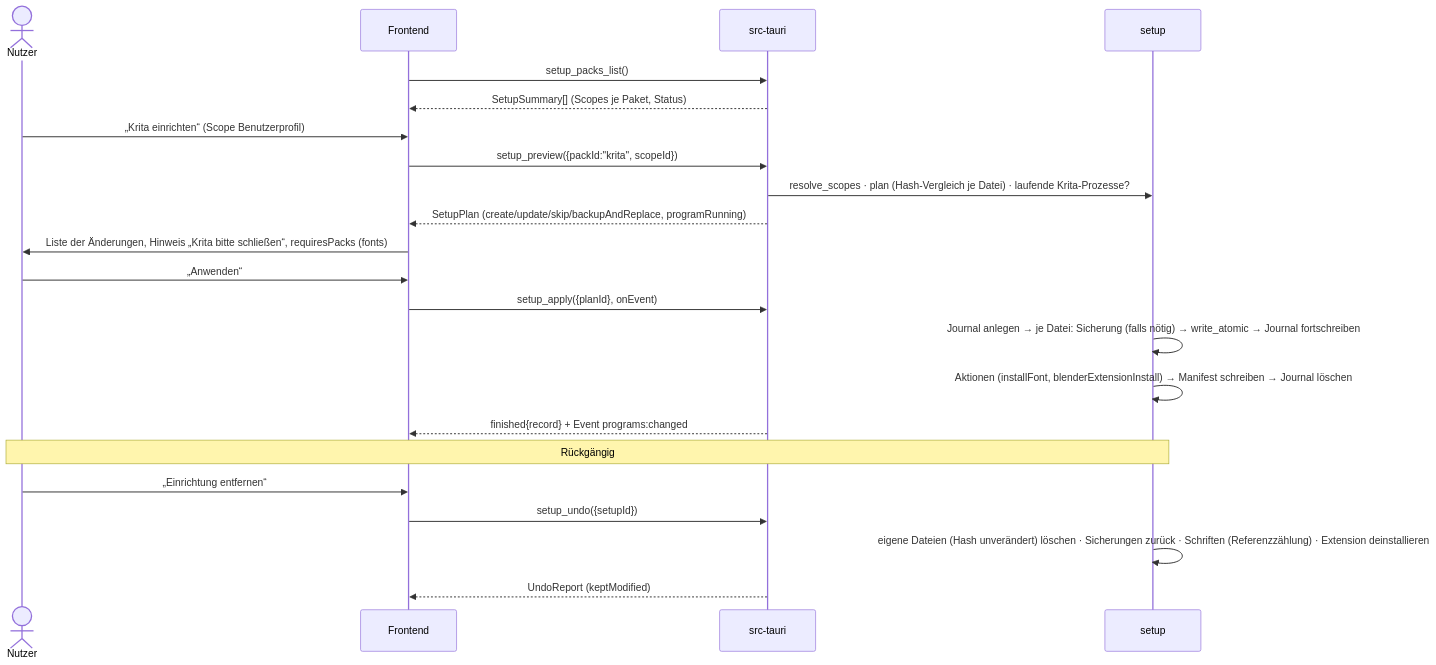
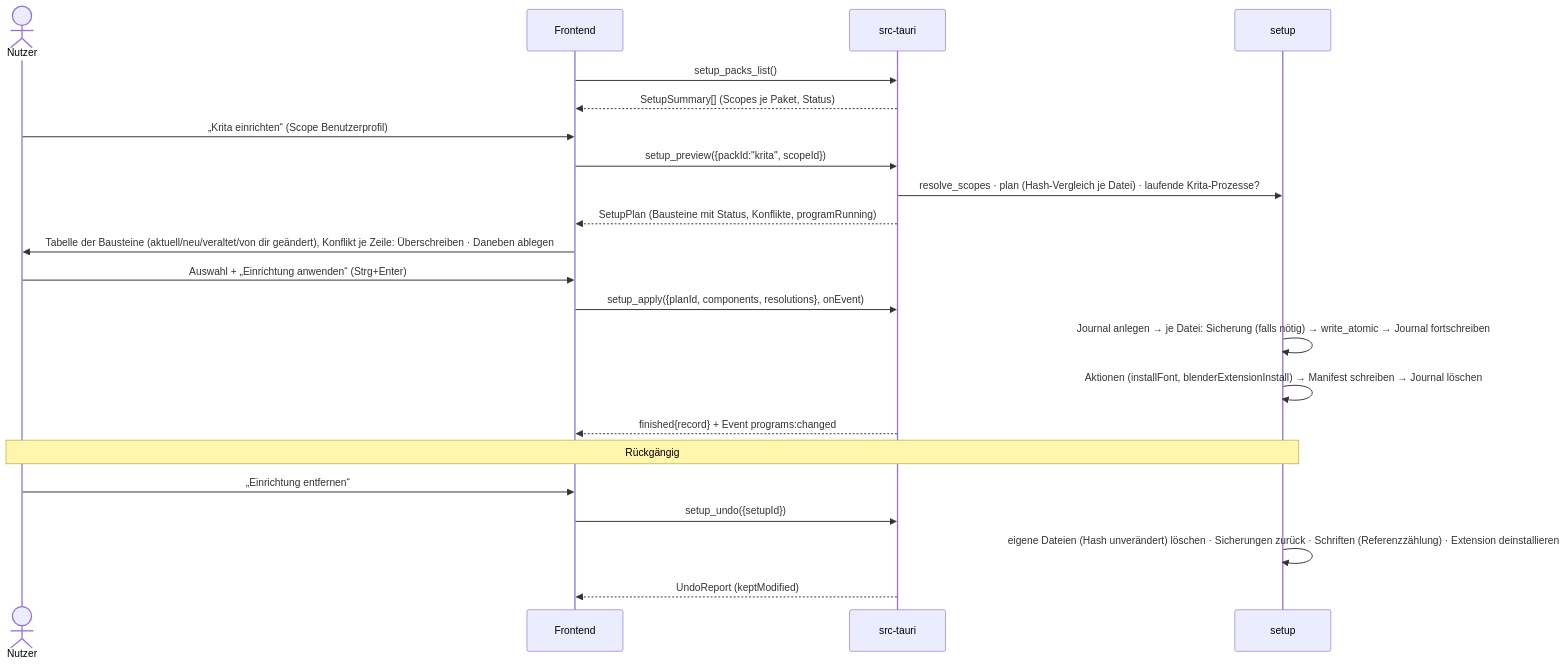
One commit to rouvenwieland/cypher-studio changed the second of 5 diagrams in docs/ARCHITEKTUR.md. Above: the diagram before and after it, drawn with Mermaid. The commit also changed other lines of this file and 5 other files, not shown here.

````diff
--- a/docs/ARCHITEKTUR.md
+++ b/docs/ARCHITEKTUR.md
@@ -1387,24 +1601,24 @@
 ```mermaid
 sequenceDiagram
     actor N as Nutzer
     participant F as Frontend
     participant T as src-tauri
     participant S as setup
     F->>T: setup_packs_list()
     T-->>F: SetupSummary[] (Scopes je Paket, Status)
     N->>F: „Krita einrichten“ (Scope Benutzerprofil)
     F->>T: setup_preview({packId:"krita", scopeId})
     T->>S: resolve_scopes · plan (Hash-Vergleich je Datei) · laufende Krita-Prozesse?
-    T-->>F: SetupPlan (create/update/skip/backupAndReplace, programRunning)
-    F->>N: Liste der Änderungen, Hinweis „Krita bitte schließen“, requiresPacks (fonts)
-    N->>F: „Anwenden“
-    F->>T: setup_apply({planId}, onEvent)
+    T-->>F: SetupPlan (Bausteine mit Status, Konflikte, programRunning)
+    F->>N: Tabelle der Bausteine (aktuell/neu/veraltet/von dir geändert), Konflikt je Zeile: Überschreiben · Daneben ablegen
+    N->>F: Auswahl + „Einrichtung anwenden“ (Strg+Enter)
+    F->>T: setup_apply({planId, components, resolutions}, onEvent)
     S->>S: Journal anlegen → je Datei: Sicherung (falls nötig) → write_atomic → Journal fortschreiben
     S->>S: Aktionen (installFont, blenderExtensionInstall) → Manifest schreiben → Journal löschen
     T-->>F: finished{record} + Event programs:changed
     Note over N,S: Rückgängig
     N->>F: „Einrichtung entfernen“
     F->>T: setup_undo({setupId})
     S->>S: eigene Dateien (Hash unverändert) löschen · Sicherungen zurück · Schriften (Referenzzählung) · Extension deinstallieren
     T-->>F: UndoReport (keptModified)
 ```
````
